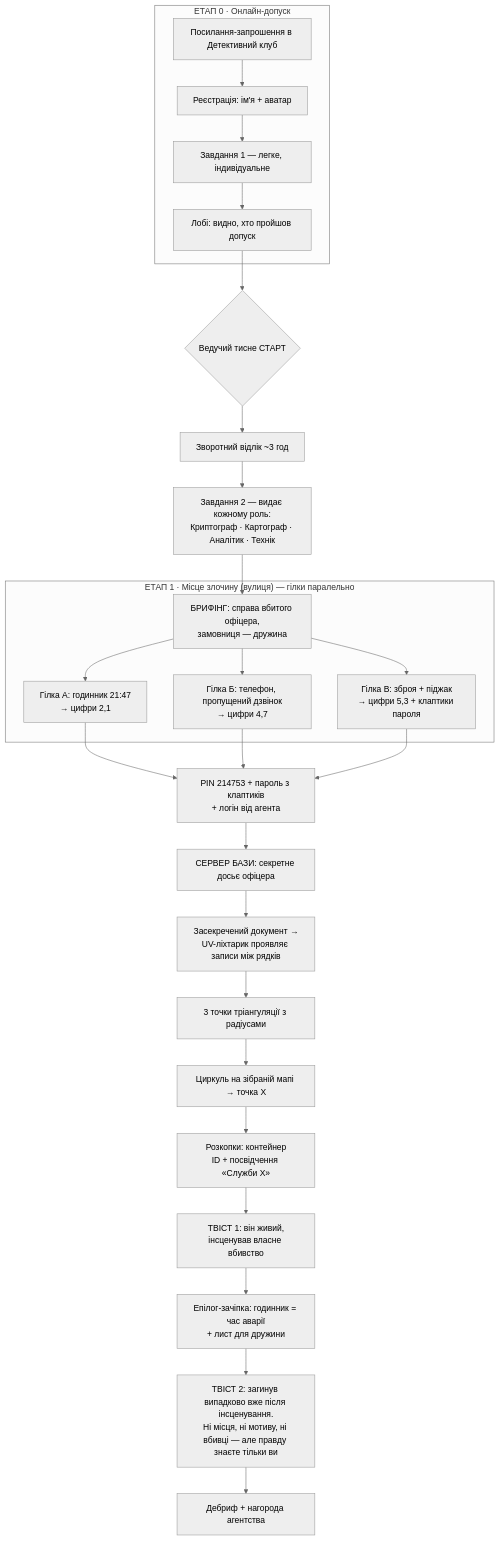
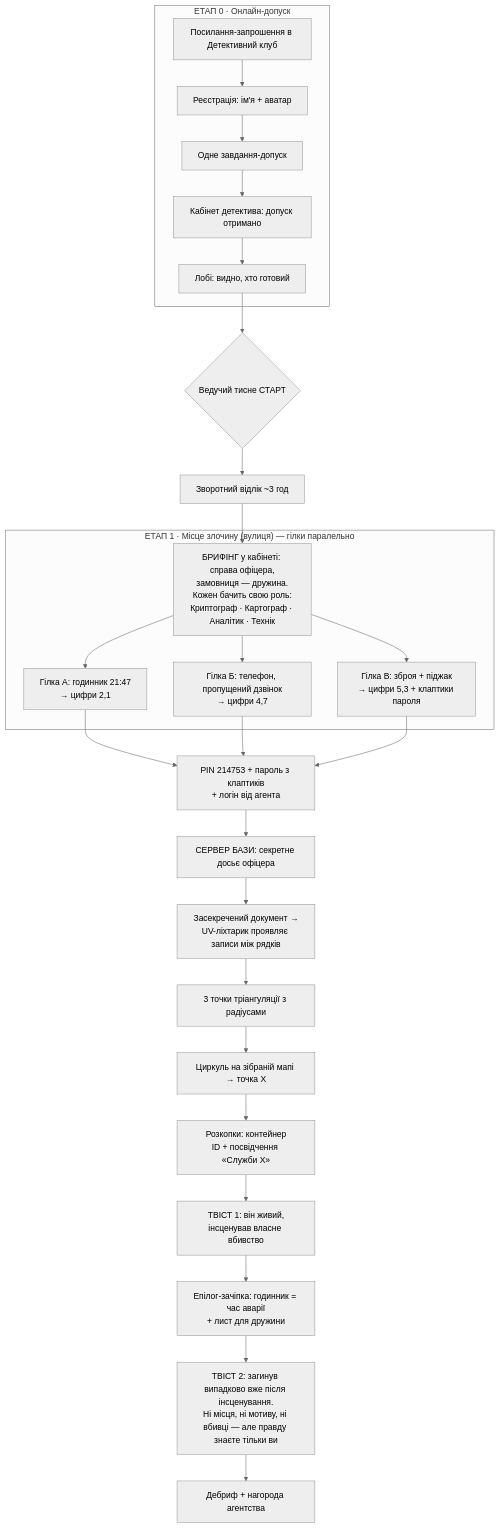
Before and after one commit to sanchezsuper/Detective-Club-v3: the second of 2 diagrams in docs/QUEST_PLAN.md, drawn with Mermaid (neutral theme). The commit also changed other lines of this file, not shown here.

First line of the commit message:
Спростити онлайн-етап: одне завдання-допуск до кабінету детектива

````diff
--- a/docs/QUEST_PLAN.md
+++ b/docs/QUEST_PLAN.md
@@ -99,29 +99,29 @@
 ```mermaid
 flowchart TD
     subgraph S0["ЕТАП 0 · Онлайн-допуск"]
         A1["Посилання-запрошення в Детективний клуб"] --> A2["Реєстрація: ім'я + аватар"]
-        A2 --> A3["Завдання 1 — легке, індивідуальне"]
-        A3 --> A4["Лобі: видно, хто пройшов допуск"]
+        A2 --> A3["Одне завдання-допуск"]
+        A3 --> A4["Кабінет детектива: допуск отримано"]
+        A4 --> A5["Лобі: видно, хто готовий"]
     end
-    A4 --> B1{"Ведучий тисне СТАРТ"}
+    A5 --> B1{"Ведучий тисне СТАРТ"}
     B1 --> B2["Зворотний відлік ~3 год"]
-    B2 --> B3["Завдання 2 — видає кожному роль:<br/>Криптограф · Картограф · Аналітик · Технік"]
-    B3 --> B4["БРИФІНГ: справа вбитого офіцера,<br/>замовниця — дружина"]
+    B2 --> B4["БРИФІНГ у кабінеті: справа офіцера,<br/>замовниця — дружина.<br/>Кожен бачить свою роль:<br/>Криптограф · Картограф · Аналітик · Технік"]
     subgraph S1["ЕТАП 1 · Місце злочину (вулиця) — гілки паралельно"]
         B4 --> C1["Гілка А: годинник 21:47<br/>→ цифри 2,1"]
         B4 --> C2["Гілка Б: телефон, пропущений дзвінок<br/>→ цифри 4,7"]
         B4 --> C3["Гілка В: зброя + піджак<br/>→ цифри 5,3 + клаптики пароля"]
     end
     C1 --> D1["PIN 214753 + пароль з клаптиків<br/>+ логін від агента"]
     C2 --> D1
     C3 --> D1
     D1 --> D2["СЕРВЕР БАЗИ: секретне досьє офіцера"]
     D2 --> D3["Засекречений документ →<br/>UV-ліхтарик проявляє записи між рядків"]
     D3 --> E1["3 точки тріангуляції з радіусами"]
     E1 --> E2["Циркуль на зібраній мапі → точка X"]
     E2 --> E3["Розкопки: контейнер<br/>ID + посвідчення «Служби Х»"]
     E3 --> F1["ТВІСТ 1: він живий,<br/>інсценував власне вбивство"]
     F1 --> F2["Епілог-зачіпка: годинник = час аварії<br/>+ лист для дружини"]
     F2 --> F3["ТВІСТ 2: загинув випадково вже після інсценування.<br/>Ні місця, ні мотиву, ні вбивці — але правду знаєте тільки ви"]
     F3 --> G1["Дебриф + нагорода агентства"]
 ```
````
